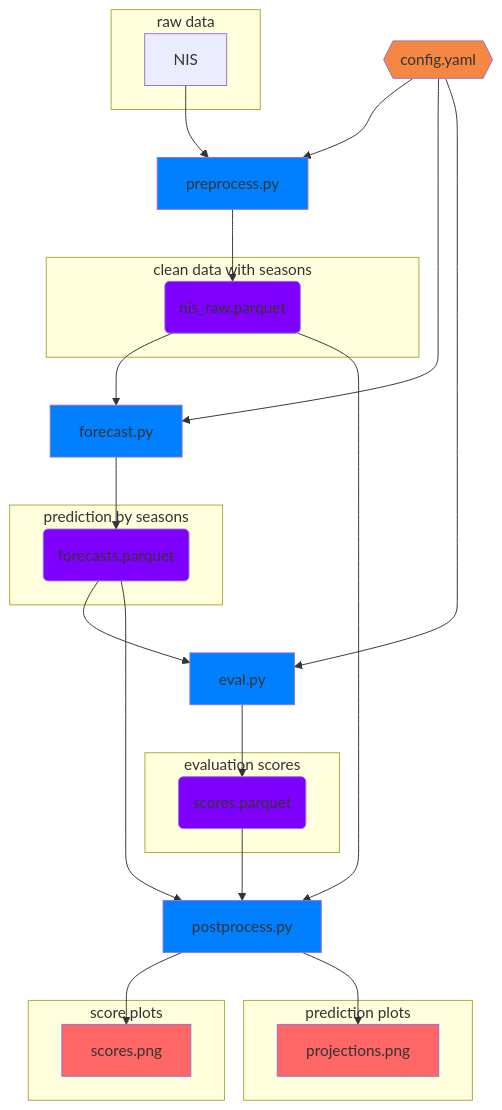
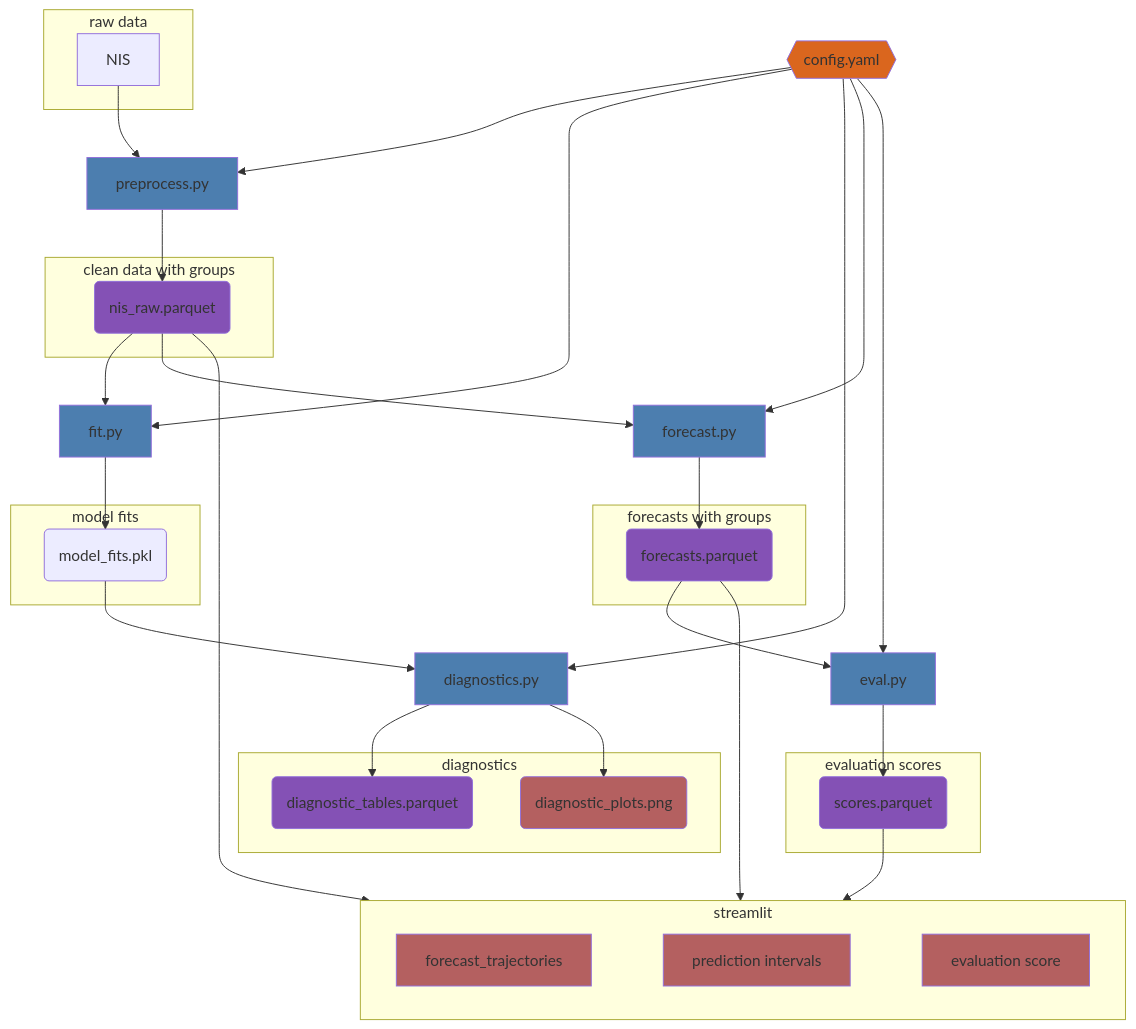
Before and after one commit to CDCgov/cfa-immunization-uptake-projection: the diagram in README.md, drawn with Mermaid.

Commit message:
update workflow

````diff
--- a/README.md
+++ b/README.md
@@ -38,60 +38,80 @@
 ```mermaid
 
 flowchart TB
 
 nis_data(nis_raw.parquet)
+fits(model_fits.pkl)
+diagnostic_table(diagnostic_tables.parquet)
+diagnostic_plot(diagnostic_plots.png)
 forecast(forecasts.parquet)
 scores(scores.parquet)
 config{{config.yaml}}
-proj_plot[projections.png]
-score_plot[scores.png]
+proj_plot[forecast_trajectories]
+pred_summary[prediction intervals]
+score_plot[evaluation score]
 
 subgraph raw data
 NIS
 end
 
-subgraph clean data with seasons
+subgraph clean data with groups
 nis_data
 end
 
-subgraph prediction by seasons
+subgraph model fits
+fits
+end
+
+subgraph diagnostics
+diagnostic_table
+diagnostic_plot
+end
+
+subgraph forecasts with groups
 forecast
 end
 
 subgraph evaluation scores
 scores
 end
 
-subgraph prediction plots
-proj_plot
-end
-
-subgraph score plots
-score_plot
+subgraph streamlit
+direction LR
+proj_plot~~~pred_summary~~~score_plot
 end
 
 NIS -->preprocess.py --> nis_data
+nis_data --> fit.py --> fits
+fits --> diagnostics.py
+diagnostics.py --> diagnostic_table
+diagnostics.py --> diagnostic_plot
 nis_data --> forecast.py --> forecast
 forecast --> eval.py --> scores
-scores --> postprocess.py --> score_plot
-nis_data --> postprocess.py --> proj_plot
-forecast --> postprocess.py
+forecast --> streamlit
+scores --> streamlit
+nis_data --> streamlit
 
 config --> preprocess.py
+config --> fit.py
+config --> diagnostics.py
 config --> forecast.py
 config --> eval.py
 
 
-style nis_data fill:#7f00ff
-style forecast fill:#7f00ff
-style scores fill:#7f00ff
-style config fill:#f58742
-style preprocess.py fill:#0080ff
-style forecast.py fill:#0080ff
-style eval.py fill:#0080ff
-style postprocess.py fill:#0080ff
-style proj_plot fill:#ff6666
-style score_plot fill: #ff6666
+style nis_data fill: #8451b5
+style forecast fill: #8451b5
+style scores fill: #8451b5
+style diagnostic_table fill: #8451b5
+style config fill: #da661e
+style preprocess.py fill: #4c7eaf
+style forecast.py fill: #4c7eaf
+style eval.py fill: #4c7eaf
+style fit.py fill: #4c7eaf
+style diagnostics.py fill: #4c7eaf
+style diagnostic_plot fill: #b46060
+style proj_plot fill: #b46060
+style pred_summary fill: #b46060
+style score_plot fill: #b46060
 
 
 ```
````
